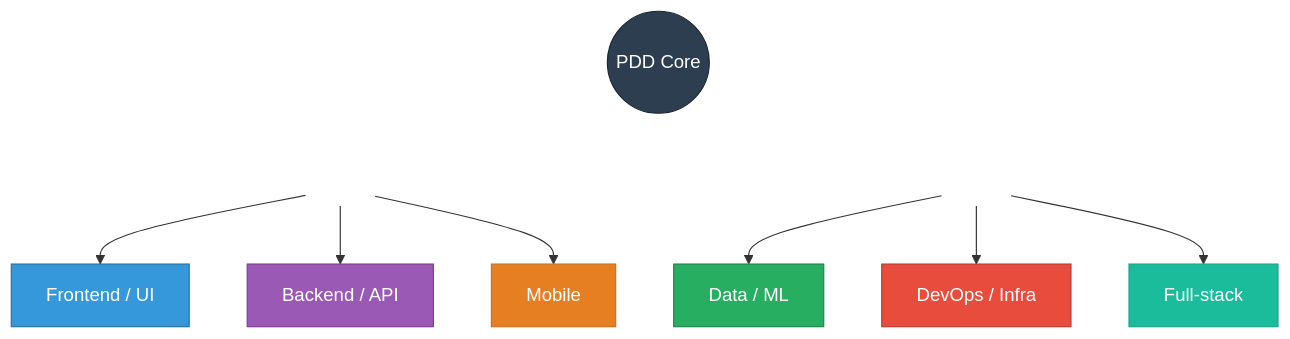
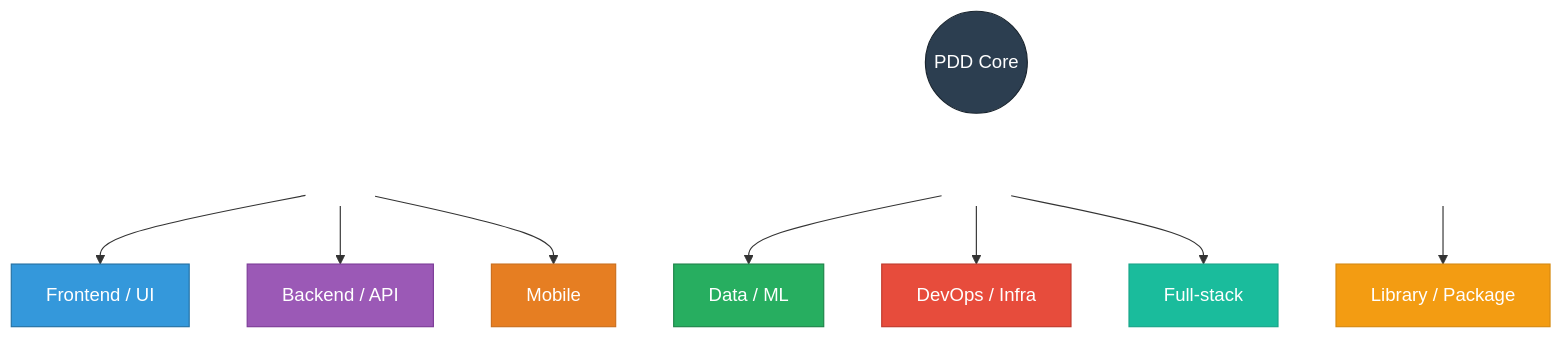
Before and after one commit to harshal2802/pdd-skill: the third of 5 diagrams in docs/philosophy.md, drawn with Mermaid. The commit also changed other lines of this file and 5 other files, not shown here.

First line of the commit message:
Add Library / Installable Package project type flavor

````diff
--- a/docs/philosophy.md
+++ b/docs/philosophy.md
@@ -113,27 +113,32 @@
 ```mermaid
 graph TD
     PDD((PDD Core))
 
-    PDD --> row1[ ] & row2[ ]
+    PDD --> row1[ ] & row2[ ] & row3[ ]
 
     row1 --> FE["Frontend / UI"]
     row1 --> BE["Backend / API"]
     row1 --> MO["Mobile"]
 
     row2 --> DA["Data / ML"]
     row2 --> DO["DevOps / Infra"]
     row2 --> FS["Full-stack"]
 
+    row3 --> LB["Library / Package"]
+
     style row1 fill:none,stroke:none
     style row2 fill:none,stroke:none
+    style row3 fill:none,stroke:none
     style PDD fill:#2c3e50,stroke:#1a252f,color:#fff
     style FE fill:#3498db,stroke:#2471a3,color:#fff
     style BE fill:#9b59b6,stroke:#7d3c98,color:#fff
     style MO fill:#e67e22,stroke:#ca6f1e,color:#fff
     style DA fill:#27ae60,stroke:#1e8449,color:#fff
     style DO fill:#e74c3c,stroke:#c0392b,color:#fff
     style FS fill:#1abc9c,stroke:#17a589,color:#fff
+    style LB fill:#f39c12,stroke:#d68910,color:#fff
 
     linkStyle 0 stroke:none
     linkStyle 1 stroke:none
+    linkStyle 2 stroke:none
 ```
````
